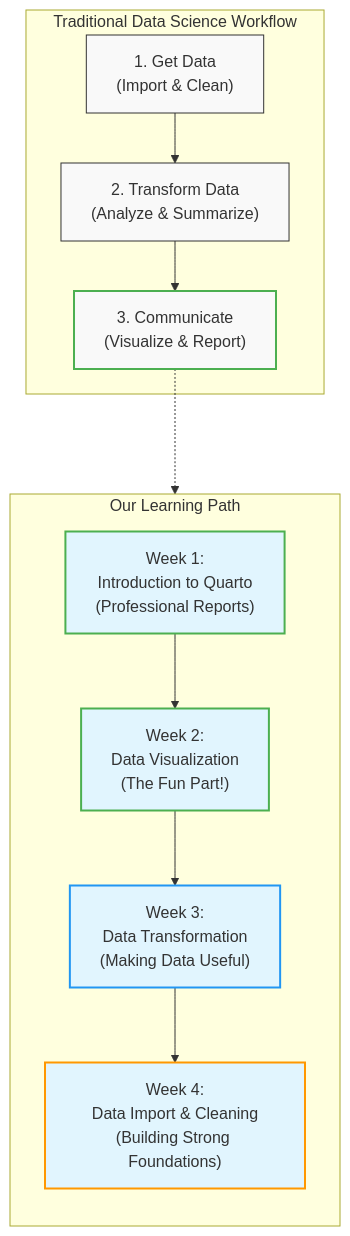
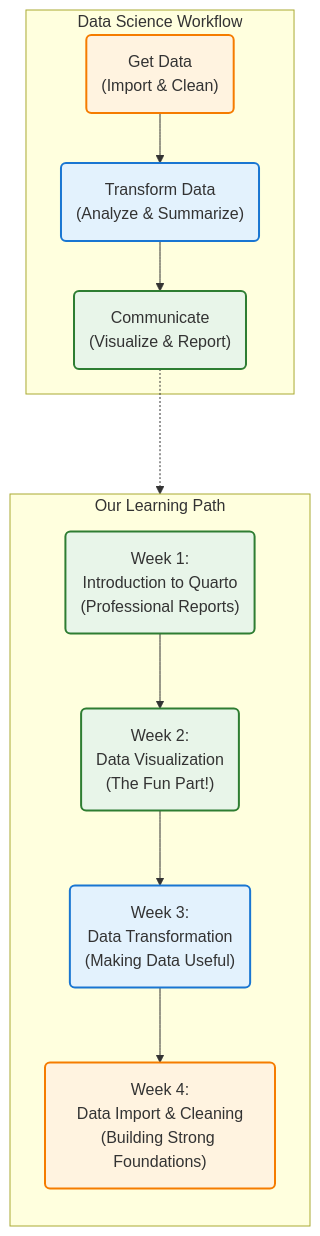
The diagram in week_1_in_class.qmd (Teal-Insights/data_analysis_for_chinese_debt_data), drawn with Mermaid before and after one commit. The commit also changed other lines of this file and 15 other files, not shown here.

````diff
--- a/week_1_in_class.qmd
+++ b/week_1_in_class.qmd
@@ -417,34 +1154,33 @@
 ```{mermaid}
 graph TB
     %% Standard Workflow
-    subgraph Traditional["Traditional Data Science Workflow"]
-        A["1. Get Data<br/>(Import & Clean)"] --> B["2. Transform Data<br/>(Analyze & Summarize)"]
-        B --> C["3. Communicate<br/>(Visualize & Report)"]
+    subgraph Traditional["Data Science Workflow"]
+        A("Get Data<br>(Import & Clean)") --> B("Transform Data<br>(Analyze & Summarize)")
+        B --> C("Communicate<br>(Visualize & Report)")
     end
     
     %% Our Learning Path
     subgraph Course["Our Learning Path"]
         direction TB
-        W1["Week 1:<br/>Introduction to Quarto<br/>(Professional Reports)"]
-        W2["Week 2:<br/>Data Visualization<br/>(The Fun Part!)"]
-        W3["Week 3:<br/>Data Transformation<br/>(Making Data Useful)"]
-        W4["Week 4:<br/>Data Import & Cleaning<br/>(Building Strong Foundations)"]
+        W1("Week 1:<br>Introduction to Quarto<br>(Professional Reports)")
+        W2("Week 2:<br>Data Visualization<br>(The Fun Part!)")
+        W3("Week 3:<br>Data Transformation<br>(Making Data Useful)")
+        W4("Week 4:<br>Data Import & Cleaning<br>(Building Strong Foundations)")
         W1 --> W2
         W2 --> W3
         W3 --> W4
     end
 
     %% Connecting arrow with explanation
     C -..-> W1
     
-    %% Styles for better visualization
-    style C stroke:#4CAF50,stroke-width:2px
-    style W1 stroke:#4CAF50,stroke-width:2px
-    style W2 stroke:#4CAF50,stroke-width:2px
-    style W3 stroke:#2196F3,stroke-width:2px
-    style W4 stroke:#FF9800,stroke-width:2px
+    %% Styles for better visualization - now with fill colors
+    style A fill:#fff3e0,stroke:#f57c00,stroke-width:2px
+    style B fill:#e3f2fd,stroke:#1976d2,stroke-width:2px
+    style C fill:#e8f5e9,stroke:#2e7d32,stroke-width:2px
     
-    classDef default fill:#f9f9f9,stroke:#333,stroke-width:1px
-    classDef highlight fill:#e1f5fe,stroke:#333,stroke-width:2px
-    class W1,W2,W3,W4 highlight
+    style W1 fill:#e8f5e9,stroke:#2e7d32,stroke-width:2px
+    style W2 fill:#e8f5e9,stroke:#2e7d32,stroke-width:2px
+    style W3 fill:#e3f2fd,stroke:#1976d2,stroke-width:2px
+    style W4 fill:#fff3e0,stroke:#f57c00,stroke-width:2px
 ```
````
